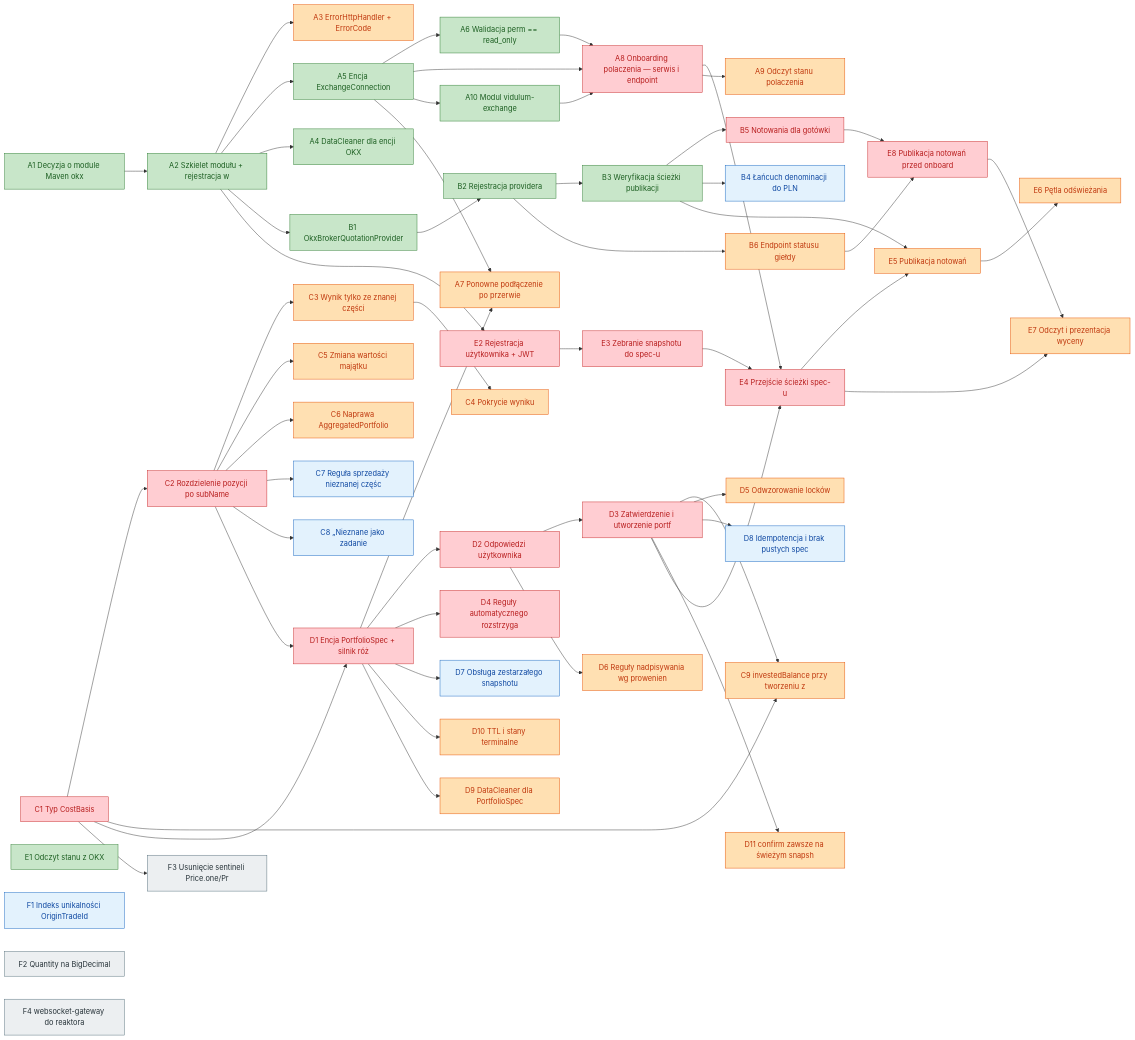
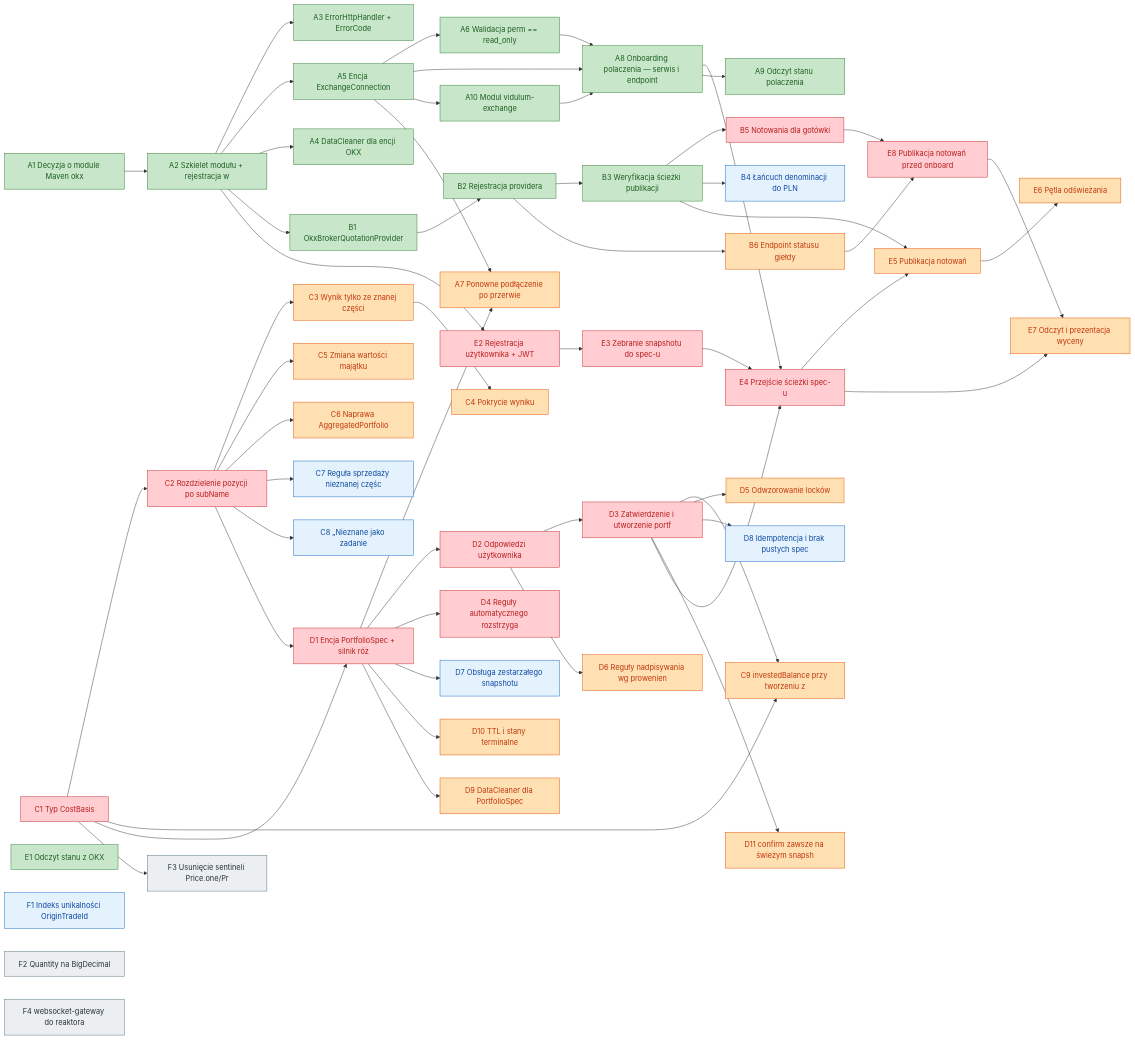
Before and after one commit to lu92/vidulum: the diagram in docs/features-backlog/2026-09-18-okx-tasks.md, drawn with Mermaid. The commit also changed other lines of this file and 31 other files, not shown here.

```diff
--- a/docs/features-backlog/2026-09-18-okx-tasks.md
+++ b/docs/features-backlog/2026-09-18-okx-tasks.md
@@ -138,12 +136,12 @@
 
     A1["A1 Decyzja o module Maven okx"]:::done
     A2["A2 Szkielet modułu + rejestracja w "]:::done
-    A3["A3 ErrorHttpHandler + ErrorCode"]:::p1
+    A3["A3 ErrorHttpHandler + ErrorCode"]:::done
     A5["A5 Encja ExchangeConnection"]:::done
     A6["A6 Walidacja perm == read_only"]:::done
     A10["A10 Modul vidulum-exchange"]:::done
-    A8["A8 Onboarding polaczenia — serwis i endpoint"]:::p0
-    A9["A9 Odczyt stanu polaczenia"]:::p1
+    A8["A8 Onboarding polaczenia — serwis i endpoint"]:::done
+    A9["A9 Odczyt stanu polaczenia"]:::done
     A4["A4 DataCleaner dla encji OKX"]:::done
     A7["A7 Ponowne podłączenie po przerwie"]:::p1
     B1["B1 OkxBrokerQuotationProvider"]:::done
```
